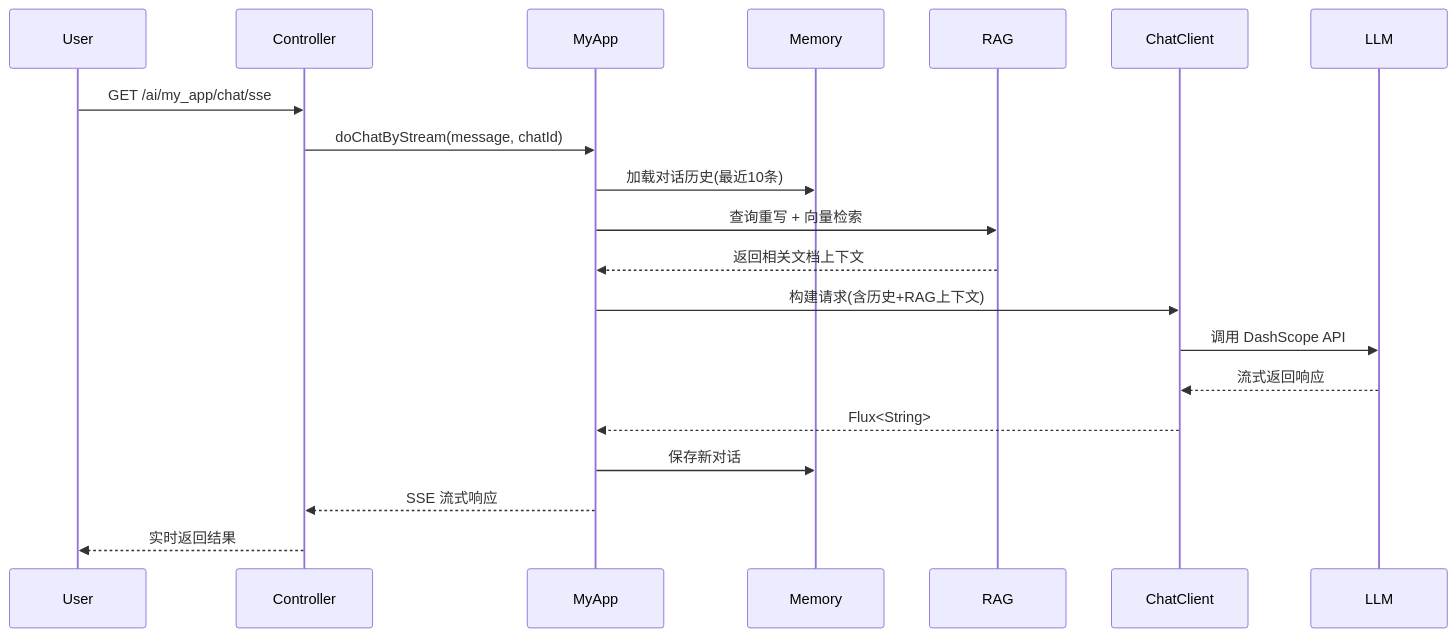
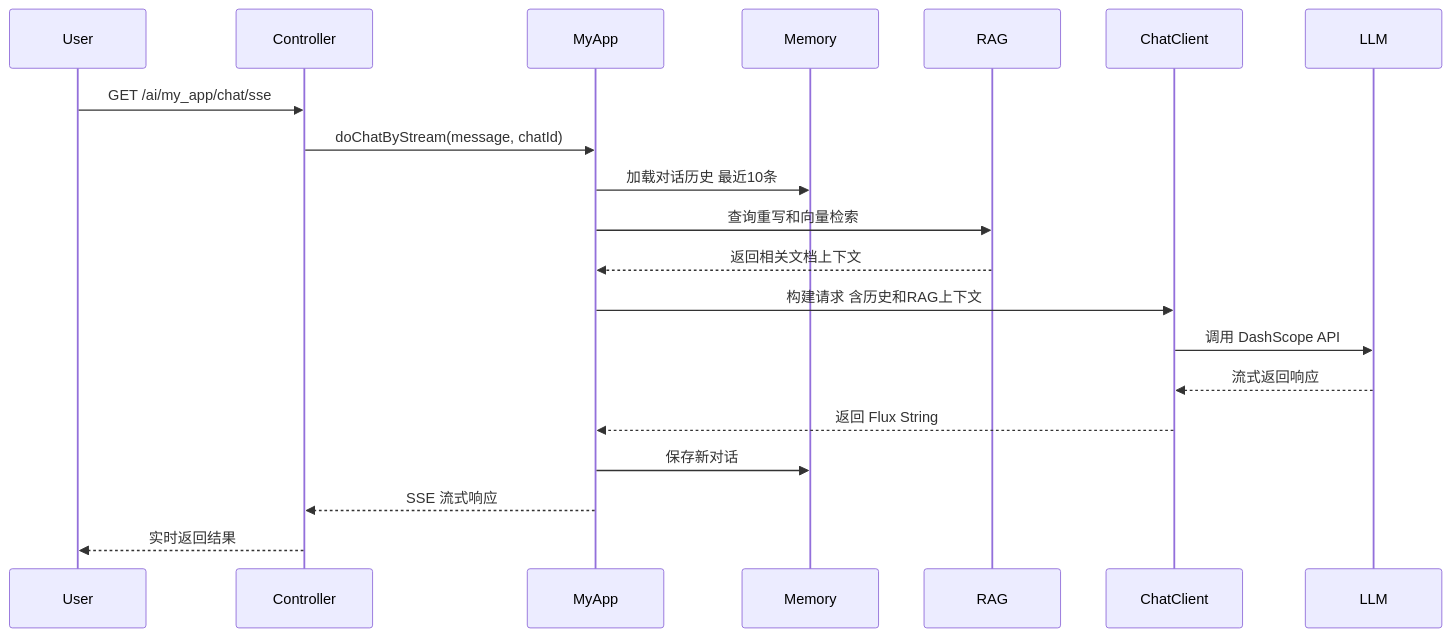
One commit to lqj-a/my-ai-agent changed the second of 4 diagrams in architecture.md. Above: the diagram before and after it, drawn with Mermaid. The commit also changed other lines of this file, not shown here.

Commit message:
提交项目架构图

````diff
--- a/architecture.md
+++ b/architecture.md
@@ -148,23 +148,23 @@
 ```mermaid
 sequenceDiagram
     participant User
     participant Controller
     participant MyApp
     participant Memory
     participant RAG
     participant ChatClient
     participant LLM
 
     User->>Controller: GET /ai/my_app/chat/sse
     Controller->>MyApp: doChatByStream(message, chatId)
-    MyApp->>Memory: 加载对话历史(最近10条)
-    MyApp->>RAG: 查询重写 + 向量检索
+    MyApp->>Memory: 加载对话历史 最近10条
+    MyApp->>RAG: 查询重写和向量检索
     RAG-->>MyApp: 返回相关文档上下文
-    MyApp->>ChatClient: 构建请求(含历史+RAG上下文)
+    MyApp->>ChatClient: 构建请求 含历史和RAG上下文
     ChatClient->>LLM: 调用 DashScope API
     LLM-->>ChatClient: 流式返回响应
-    ChatClient-->>MyApp: Flux<String>
+    ChatClient-->>MyApp: 返回 Flux String
     MyApp->>Memory: 保存新对话
     MyApp-->>Controller: SSE 流式响应
     Controller-->>User: 实时返回结果
 ```
````
